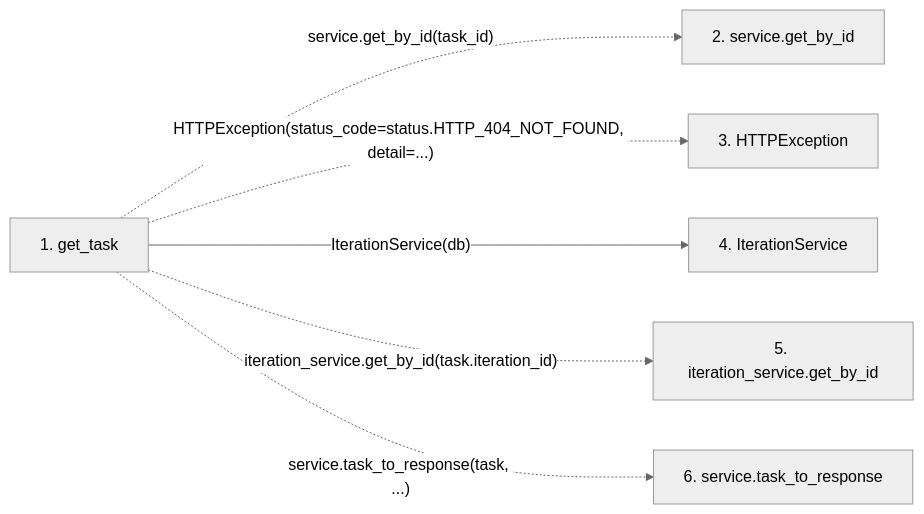
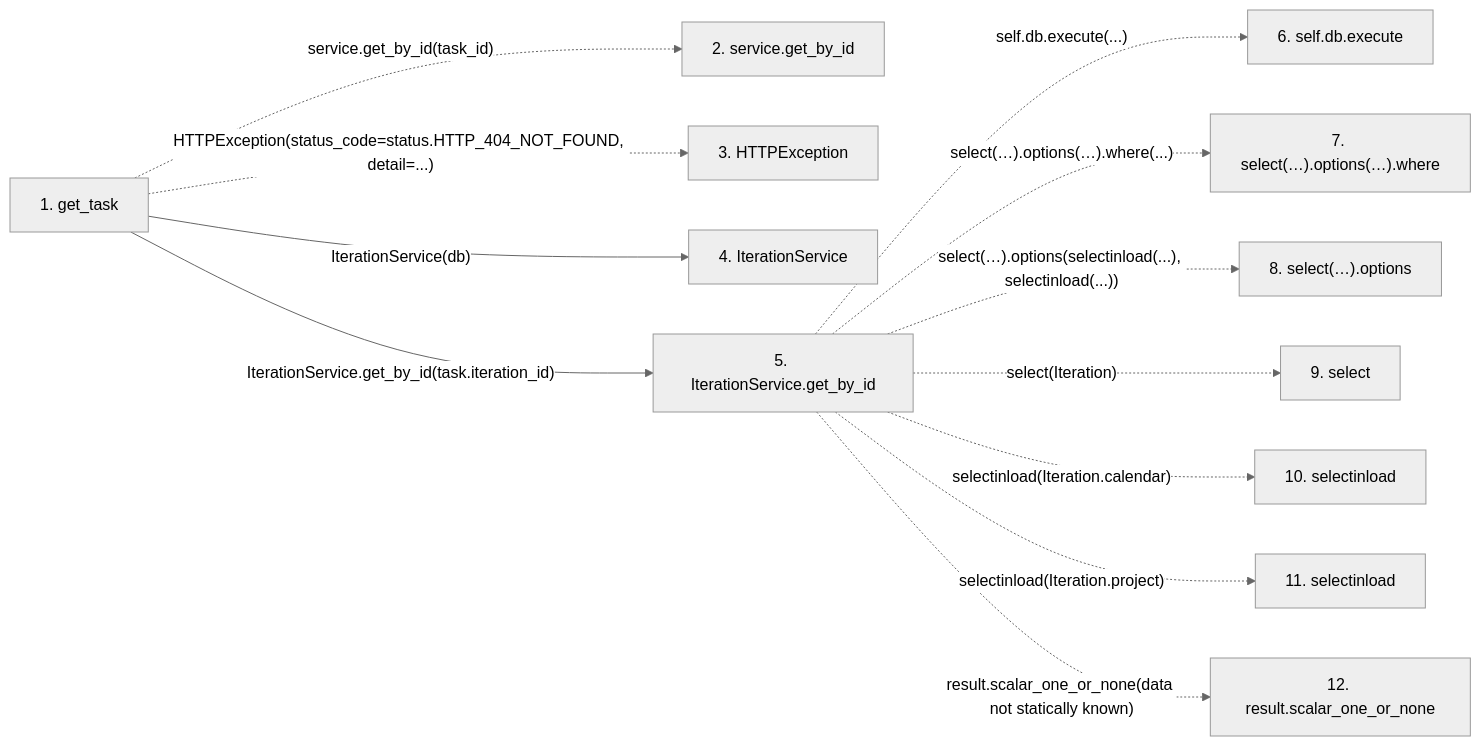
One commit to Denissvgn/WorkChord changed the second of 2 diagrams in docs/llm_wiki/flows/http-get_task.md. Above: the diagram before and after it, drawn with Mermaid (neutral theme). The commit also changed other lines of this file and 25171 other files, not shown here.

````diff
--- a/docs/llm_wiki/flows/http-get_task.md
+++ b/docs/llm_wiki/flows/http-get_task.md
@@ -28,16 +75,29 @@
 ```mermaid
 flowchart LR
     s1["1. get_task"]
     s2["2. service.get_by_id"]
     s3["3. HTTPException"]
     s4["4. IterationService"]
-    s5["5. iteration_service.get_by_id"]
-    s6["6. service.task_to_response"]
+    s5["5. IterationService.get_by_id"]
+    s6["6. self.db.execute"]
+    s7["7. select(…).options(…).where"]
+    s8["8. select(…).options"]
+    s9["9. select"]
+    s10["10. selectinload"]
+    s11["11. selectinload"]
+    s12["12. result.scalar_one_or_none"]
     s1 -. "service.get_by_id(task_id)" .-> s2
     s1 -. "HTTPException(status_code=status.HTTP_404_NOT_FOUND, detail=...)" .-> s3
     s1 -->|"IterationService(db)"| s4
-    s1 -. "iteration_service.get_by_id(task.iteration_id)" .-> s5
-    s1 -. "service.task_to_response(task, ...)" .-> s6
+    s1 -->|"IterationService.get_by_id(task.iteration_id)"| s5
+    s5 -. "self.db.execute(...)" .-> s6
+    s5 -. "select(…).options(…).where(...)" .-> s7
+    s5 -. "select(…).options(selectinload(...), selectinload(...))" .-> s8
+    s5 -. "select(Iteration)" .-> s9
+    s5 -. "selectinload(Iteration.calendar)" .-> s10
+    s5 -. "selectinload(Iteration.project)" .-> s11
+    s5 -. "result.scalar_one_or_none(data not statically known)" .-> s12
     click s1 "../modules/tasks.md"
     click s4 "../modules/iteration_service.md"
+    click s5 "../modules/iteration_service.md"
 ```
````
